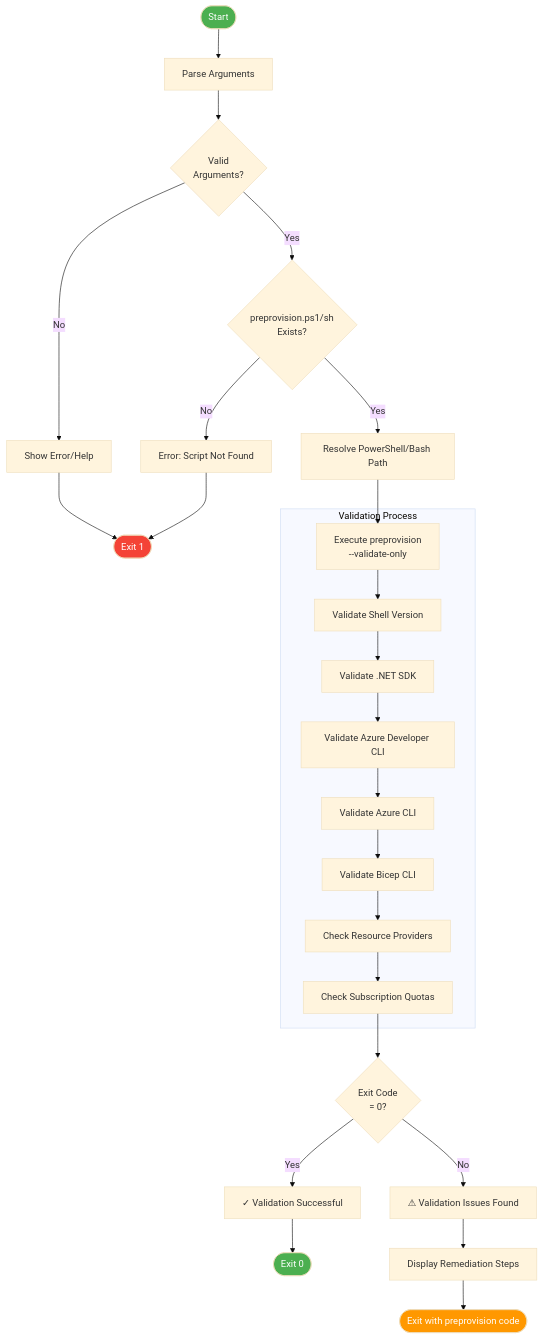
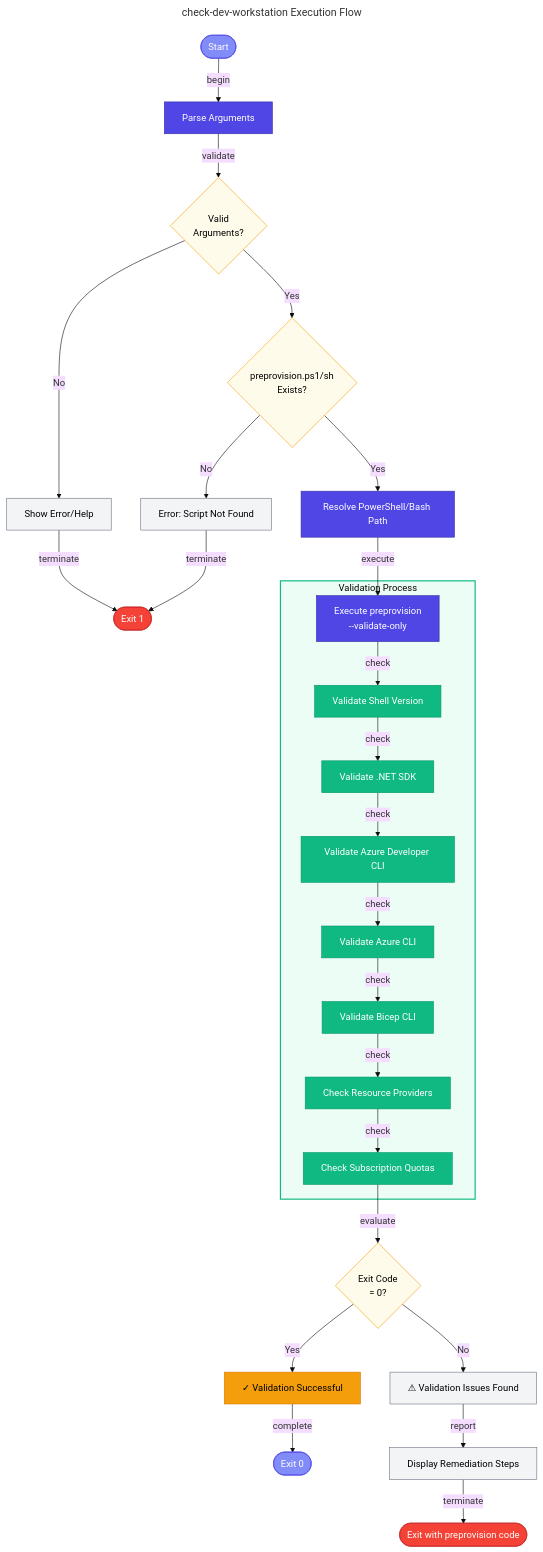
One commit to Evilazaro/Azure-LogicApps-Monitoring changed the diagram in docs/hooks/check-dev-workstation.md. Above: the diagram before and after it, drawn with Mermaid (base theme). The commit also changed 1 other file, not shown here.

Commit message:
docs: Enhance hooks documentation with improved mermaid diagram for hook execution order

````diff
--- a/docs/hooks/check-dev-workstation.md
+++ b/docs/hooks/check-dev-workstation.md
@@ -107,37 +107,59 @@
 ```mermaid
+---
+title: check-dev-workstation Execution Flow
+---
 flowchart TD
-    A([Start]) --> B[Parse Arguments]
-    B --> C{Valid<br/>Arguments?}
+    %% ===== CLASS DEFINITIONS =====
+    classDef primary fill:#4F46E5,stroke:#3730A3,color:#FFFFFF
+    classDef secondary fill:#10B981,stroke:#059669,color:#FFFFFF
+    classDef datastore fill:#F59E0B,stroke:#D97706,color:#000000
+    classDef external fill:#6B7280,stroke:#4B5563,color:#FFFFFF,stroke-dasharray:5 5
+    classDef failed fill:#F44336,stroke:#C62828,color:#FFFFFF
+    classDef trigger fill:#818CF8,stroke:#4F46E5,color:#FFFFFF
+    classDef decision fill:#FFFBEB,stroke:#F59E0B,color:#000000
+    classDef input fill:#F3F4F6,stroke:#6B7280,color:#000000
+
+    %% ===== INITIALIZATION =====
+    A([Start]) -->|begin| B[Parse Arguments]
+    B -->|validate| C{Valid<br/>Arguments?}
     C -->|No| D[Show Error/Help]
-    D --> E([Exit 1])
+    D -->|terminate| E([Exit 1])
     
     C -->|Yes| F{preprovision.ps1/sh<br/>Exists?}
     F -->|No| G[Error: Script Not Found]
-    G --> E
+    G -->|terminate| E
     
     F -->|Yes| H[Resolve PowerShell/Bash Path]
-    H --> I[Execute preprovision<br/>--validate-only]
+    H -->|execute| I[Execute preprovision<br/>--validate-only]
     
-    subgraph "Validation Process"
-        I --> J[Validate Shell Version]
-        J --> K[Validate .NET SDK]
-        K --> L[Validate Azure Developer CLI]
-        L --> M[Validate Azure CLI]
-        M --> N[Validate Bicep CLI]
-        N --> O[Check Resource Providers]
-        O --> P[Check Subscription Quotas]
+    %% ===== VALIDATION PROCESS =====
+    subgraph Validation["Validation Process"]
+        I -->|check| J[Validate Shell Version]
+        J -->|check| K[Validate .NET SDK]
+        K -->|check| L[Validate Azure Developer CLI]
+        L -->|check| M[Validate Azure CLI]
+        M -->|check| N[Validate Bicep CLI]
+        N -->|check| O[Check Resource Providers]
+        O -->|check| P[Check Subscription Quotas]
     end
     
-    P --> Q{Exit Code<br/>= 0?}
+    P -->|evaluate| Q{Exit Code<br/>= 0?}
     Q -->|Yes| R[✓ Validation Successful]
-    R --> S([Exit 0])
+    R -->|complete| S([Exit 0])
     
     Q -->|No| T[⚠ Validation Issues Found]
-    T --> U[Display Remediation Steps]
-    U --> V([Exit with preprovision code])
-    
-    style A fill:#4CAF50,color:#fff
-    style S fill:#4CAF50,color:#fff
-    style E fill:#f44336,color:#fff
-    style V fill:#FF9800,color:#fff
+    T -->|report| U[Display Remediation Steps]
+    U -->|terminate| V([Exit with preprovision code])
+
+    %% ===== SUBGRAPH STYLES =====
+    style Validation fill:#ECFDF5,stroke:#10B981,stroke-width:2px
+
+    %% ===== NODE CLASS ASSIGNMENTS =====
+    class A,S trigger
+    class B,H,I primary
+    class J,K,L,M,N,O,P secondary
+    class C,F,Q decision
+    class D,G,T,U input
+    class R datastore
+    class E,V failed
 ```
````
